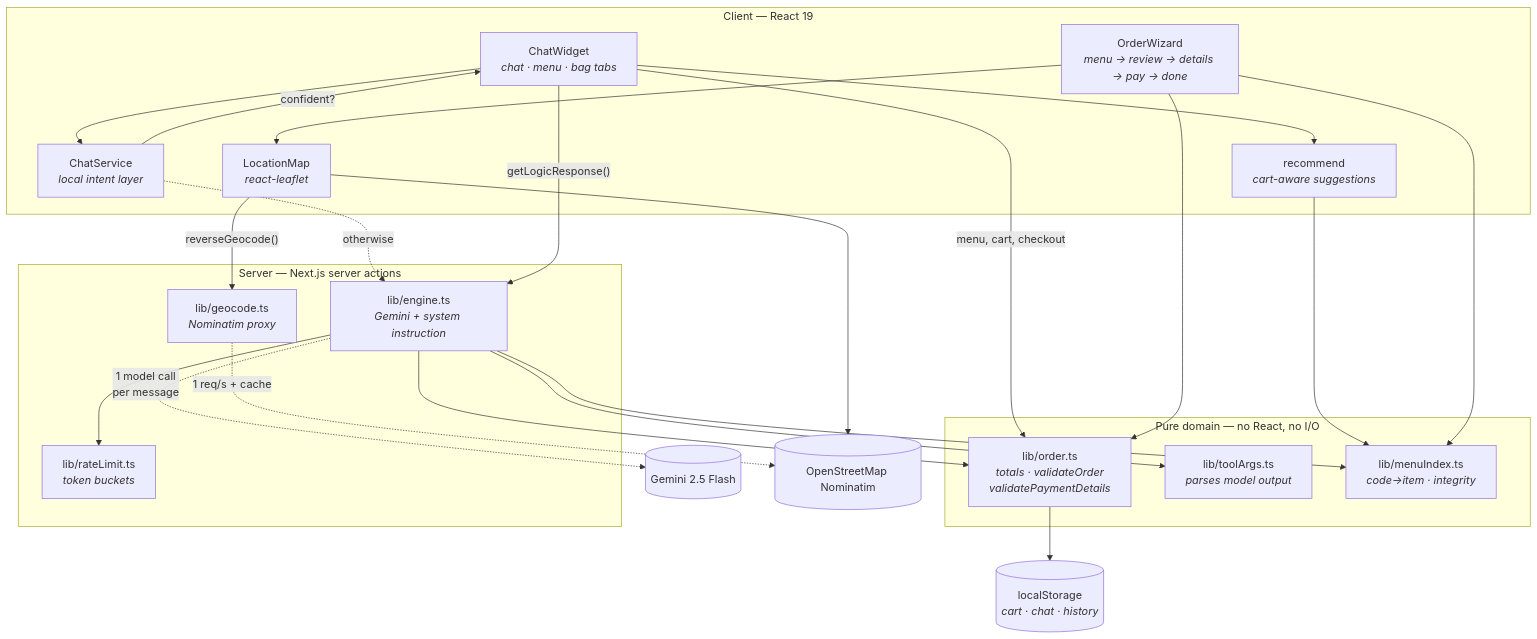
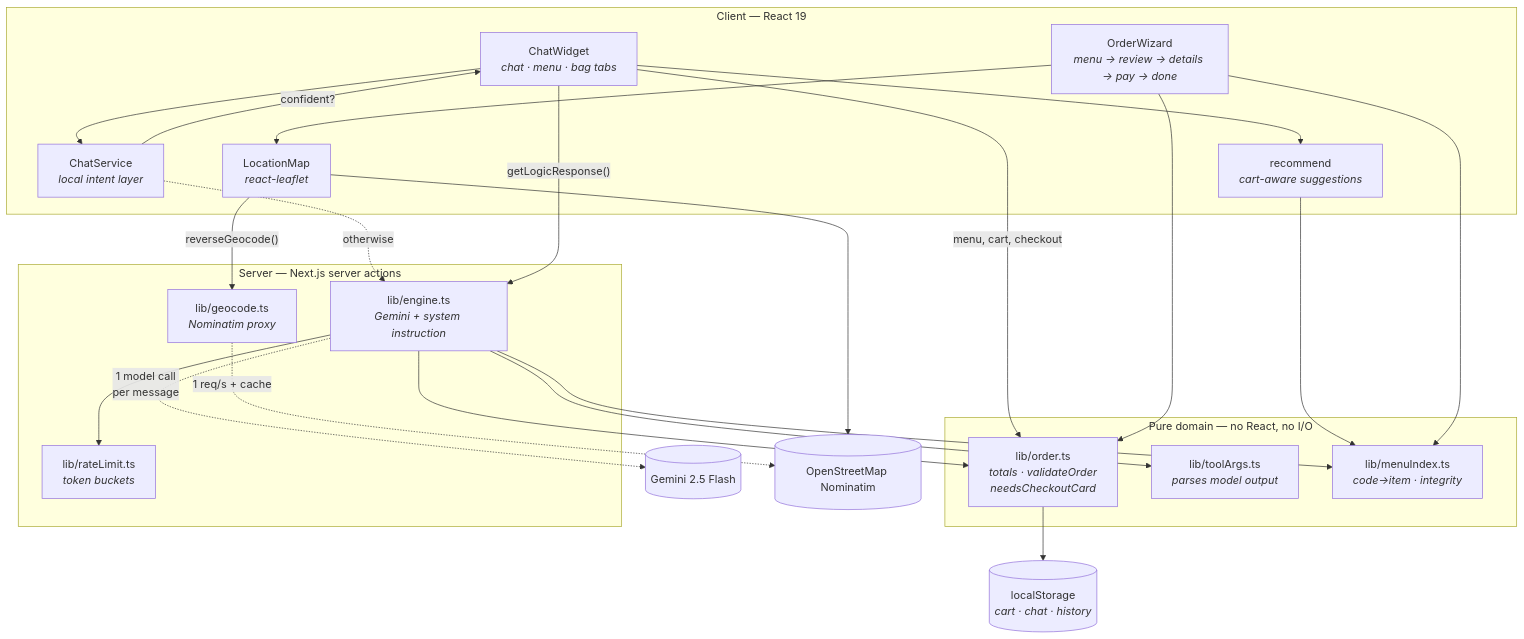
Before and after one commit to AJAmran/x-bot: the diagram in README.md, drawn with Mermaid. The commit also changed other lines of this file and 60 other files, not shown here.

````diff
--- a/README.md
+++ b/README.md
@@ -74,42 +67,42 @@
 ```mermaid
 flowchart TD
     subgraph client["Client — React 19"]
         CW["ChatWidget<br/><i>chat · menu · bag tabs</i>"]
         OW["OrderWizard<br/><i>menu → review → details → pay → done</i>"]
         LM["LocationMap<br/><i>react-leaflet</i>"]
         CS["ChatService<br/><i>local intent layer</i>"]
         RC["recommend<br/><i>cart-aware suggestions</i>"]
     end
 
     subgraph pure["Pure domain — no React, no I/O"]
-        ORD["lib/order.ts<br/><i>totals · validateOrder<br/>validatePaymentDetails</i>"]
+        ORD["lib/order.ts<br/><i>totals · validateOrder<br/>needsCheckoutCard</i>"]
         TOOL["lib/toolArgs.ts<br/><i>parses model output</i>"]
         IDX["lib/menuIndex.ts<br/><i>code→item · integrity</i>"]
     end
 
     subgraph server["Server — Next.js server actions"]
         ENG["lib/engine.ts<br/><i>Gemini + system instruction</i>"]
         RL["lib/rateLimit.ts<br/><i>token buckets</i>"]
         GEO["lib/geocode.ts<br/><i>Nominatim proxy</i>"]
     end
 
     CW -->|"menu, cart, checkout"| ORD
     CW --> CS
     CW --> RC
     RC --> IDX
     OW --> ORD
     OW --> LM
     OW --> IDX
     CS -->|"confident?"| CW
     CS -.->|"otherwise"| ENG
     CW -->|"getLogicResponse()"| ENG
     ENG --> TOOL
     ENG --> ORD
     ENG --> RL
     ENG --> IDX
     LM -->|"reverseGeocode()"| GEO
     ENG -.->|"1 model call<br/>per message"| GEMINI[("Gemini 2.5 Flash")]
     GEO -.->|"1 req/s + cache"| OSM[("OpenStreetMap Nominatim")]
     LM --> OSM
     ORD --> STORE[("localStorage<br/><i>cart · chat · history</i>")]
 ```
````
